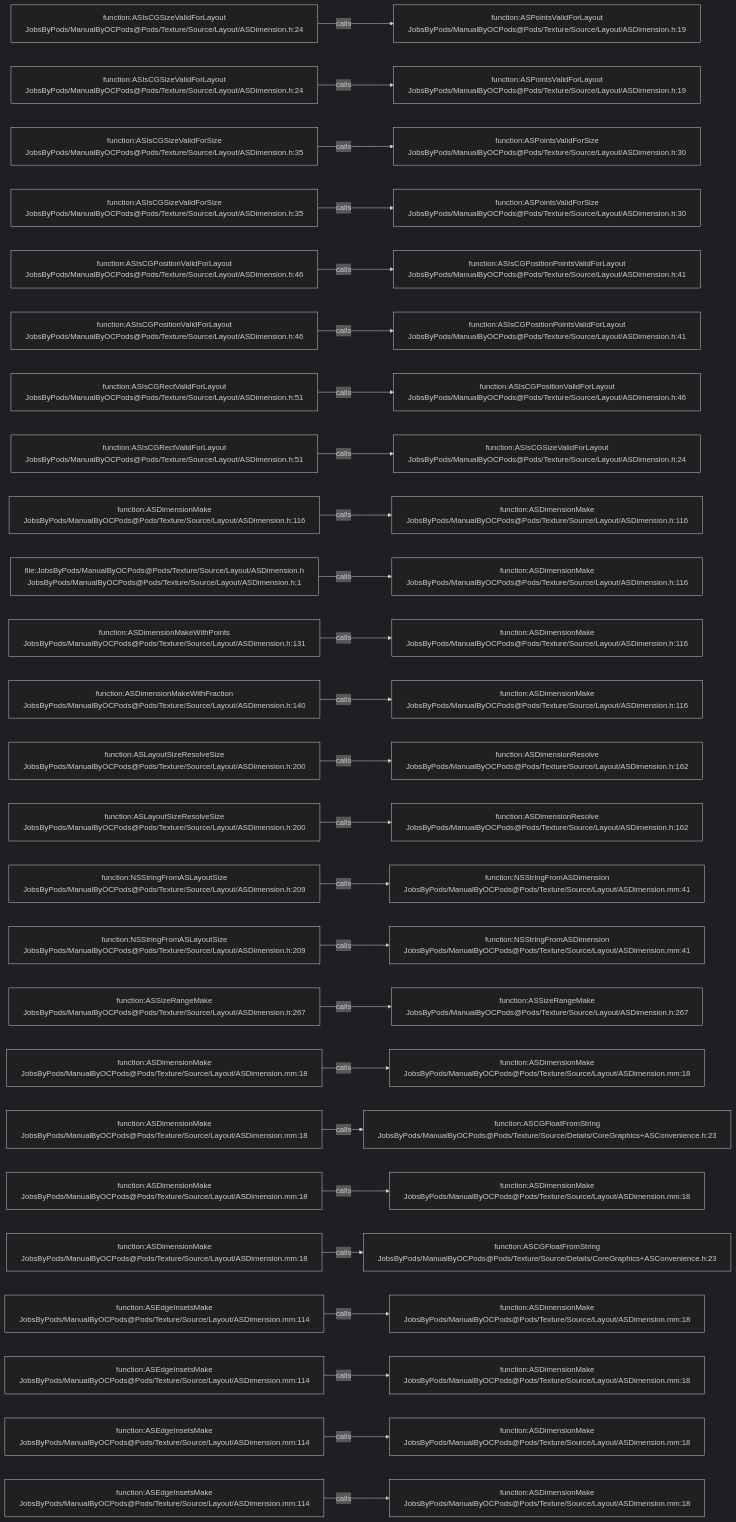
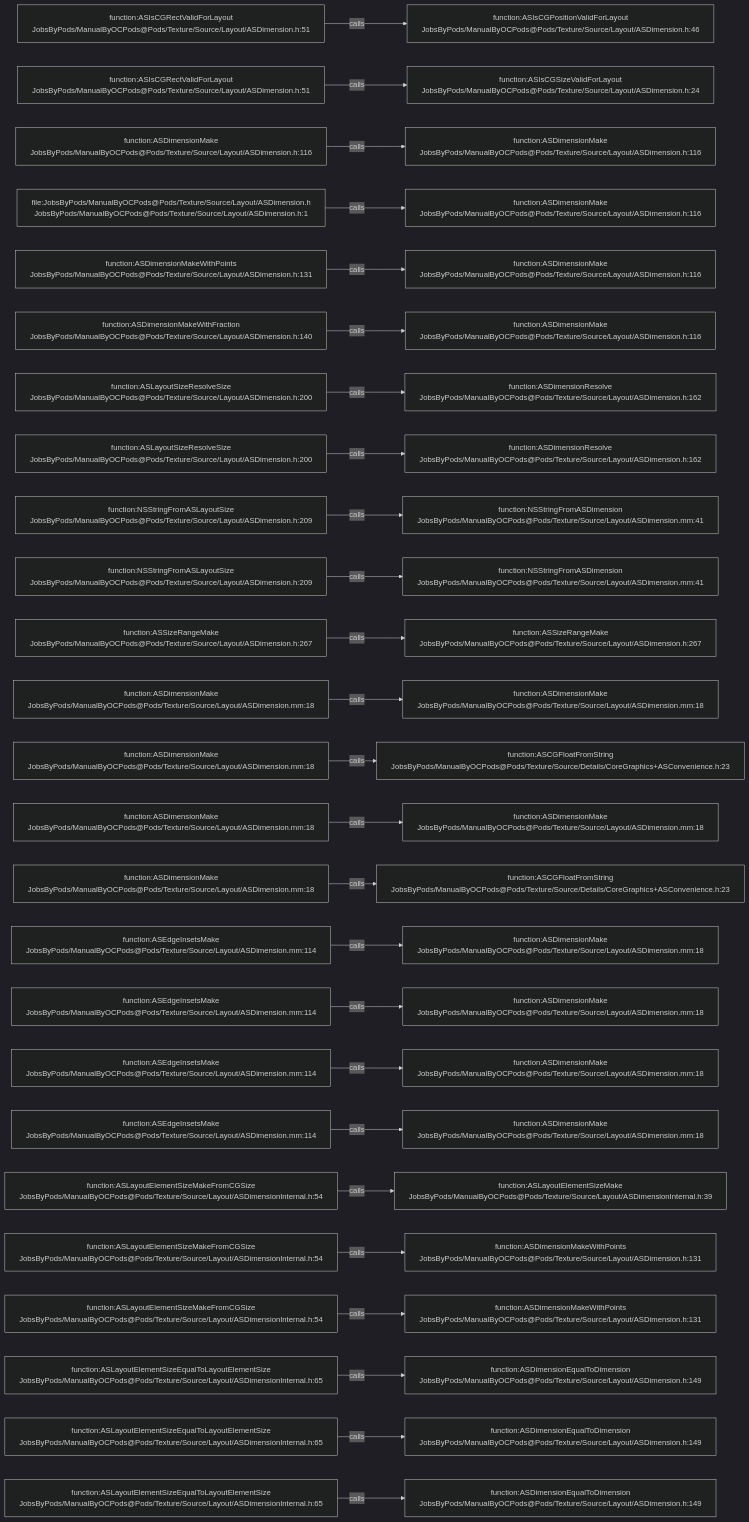
Before and after one commit to JobsKits/JobsOCBaseConfigDemo: the diagram in .codegraph/codegraph.md/graphs/calls-168.md, drawn with Mermaid (dark theme). The commit also changed 666 other files, not shown here.

````diff
--- a/.codegraph/codegraph.md/graphs/calls-168.md
+++ b/.codegraph/codegraph.md/graphs/calls-168.md
@@ -13,78 +13,78 @@
 ```mermaid
 flowchart LR
-  S1["function:ASIsCGSizeValidForLayout<br/>JobsByPods/ManualByOCPods@Pods/Texture/Source/Layout/ASDimension.h:24"]
-  T1["function:ASPointsValidForLayout<br/>JobsByPods/ManualByOCPods@Pods/Texture/Source/Layout/ASDimension.h:19"]
+  S1["function:ASIsCGRectValidForLayout<br/>JobsByPods/ManualByOCPods@Pods/Texture/Source/Layout/ASDimension.h:51"]
+  T1["function:ASIsCGPositionValidForLayout<br/>JobsByPods/ManualByOCPods@Pods/Texture/Source/Layout/ASDimension.h:46"]
   S1 -->|calls| T1
-  S2["function:ASIsCGSizeValidForLayout<br/>JobsByPods/ManualByOCPods@Pods/Texture/Source/Layout/ASDimension.h:24"]
-  T2["function:ASPointsValidForLayout<br/>JobsByPods/ManualByOCPods@Pods/Texture/Source/Layout/ASDimension.h:19"]
+  S2["function:ASIsCGRectValidForLayout<br/>JobsByPods/ManualByOCPods@Pods/Texture/Source/Layout/ASDimension.h:51"]
+  T2["function:ASIsCGSizeValidForLayout<br/>JobsByPods/ManualByOCPods@Pods/Texture/Source/Layout/ASDimension.h:24"]
   S2 -->|calls| T2
-  S3["function:ASIsCGSizeValidForSize<br/>JobsByPods/ManualByOCPods@Pods/Texture/Source/Layout/ASDimension.h:35"]
-  T3["function:ASPointsValidForSize<br/>JobsByPods/ManualByOCPods@Pods/Texture/Source/Layout/ASDimension.h:30"]
+  S3["function:ASDimensionMake<br/>JobsByPods/ManualByOCPods@Pods/Texture/Source/Layout/ASDimension.h:116"]
+  T3["function:ASDimensionMake<br/>JobsByPods/ManualByOCPods@Pods/Texture/Source/Layout/ASDimension.h:116"]
   S3 -->|calls| T3
-  S4["function:ASIsCGSizeValidForSize<br/>JobsByPods/ManualByOCPods@Pods/Texture/Source/Layout/ASDimension.h:35"]
-  T4["function:ASPointsValidForSize<br/>JobsByPods/ManualByOCPods@Pods/Texture/Source/Layout/ASDimension.h:30"]
+  S4["file:JobsByPods/ManualByOCPods@Pods/Texture/Source/Layout/ASDimension.h<br/>JobsByPods/ManualByOCPods@Pods/Texture/Source/Layout/ASDimension.h:1"]
+  T4["function:ASDimensionMake<br/>JobsByPods/ManualByOCPods@Pods/Texture/Source/Layout/ASDimension.h:116"]
   S4 -->|calls| T4
-  S5["function:ASIsCGPositionValidForLayout<br/>JobsByPods/ManualByOCPods@Pods/Texture/Source/Layout/ASDimension.h:46"]
-  T5["function:ASIsCGPositionPointsValidForLayout<br/>JobsByPods/ManualByOCPods@Pods/Texture/Source/Layout/ASDimension.h:41"]
+  S5["function:ASDimensionMakeWithPoints<br/>JobsByPods/ManualByOCPods@Pods/Texture/Source/Layout/ASDimension.h:131"]
+  T5["function:ASDimensionMake<br/>JobsByPods/ManualByOCPods@Pods/Texture/Source/Layout/ASDimension.h:116"]
   S5 -->|calls| T5
-  S6["function:ASIsCGPositionValidForLayout<br/>JobsByPods/ManualByOCPods@Pods/Texture/Source/Layout/ASDimension.h:46"]
-  T6["function:ASIsCGPositionPointsValidForLayout<br/>JobsByPods/ManualByOCPods@Pods/Texture/Source/Layout/ASDimension.h:41"]
+  S6["function:ASDimensionMakeWithFraction<br/>JobsByPods/ManualByOCPods@Pods/Texture/Source/Layout/ASDimension.h:140"]
+  T6["function:ASDimensionMake<br/>JobsByPods/ManualByOCPods@Pods/Texture/Source/Layout/ASDimension.h:116"]
   S6 -->|calls| T6
-  S7["function:ASIsCGRectValidForLayout<br/>JobsByPods/ManualByOCPods@Pods/Texture/Source/Layout/ASDimension.h:51"]
-  T7["function:ASIsCGPositionValidForLayout<br/>JobsByPods/ManualByOCPods@Pods/Texture/Source/Layout/ASDimension.h:46"]
+  S7["function:ASLayoutSizeResolveSize<br/>JobsByPods/ManualByOCPods@Pods/Texture/Source/Layout/ASDimension.h:200"]
+  T7["function:ASDimensionResolve<br/>JobsByPods/ManualByOCPods@Pods/Texture/Source/Layout/ASDimension.h:162"]
   S7 -->|calls| T7
-  S8["function:ASIsCGRectValidForLayout<br/>JobsByPods/ManualByOCPods@Pods/Texture/Source/Layout/ASDimension.h:51"]
-  T8["function:ASIsCGSizeValidForLayout<br/>JobsByPods/ManualByOCPods@Pods/Texture/Source/Layout/ASDimension.h:24"]
+  S8["function:ASLayoutSizeResolveSize<br/>JobsByPods/ManualByOCPods@Pods/Texture/Source/Layout/ASDimension.h:200"]
+  T8["function:ASDimensionResolve<br/>JobsByPods/ManualByOCPods@Pods/Texture/Source/Layout/ASDimension.h:162"]
   S8 -->|calls| T8
-  S9["function:ASDimensionMake<br/>JobsByPods/ManualByOCPods@Pods/Texture/Source/Layout/ASDimension.h:116"]
-  T9["function:ASDimensionMake<br/>JobsByPods/ManualByOCPods@Pods/Texture/Source/Layout/ASDimension.h:116"]
+  S9["function:NSStringFromASLayoutSize<br/>JobsByPods/ManualByOCPods@Pods/Texture/Source/Layout/ASDimension.h:209"]
+  T9["function:NSStringFromASDimension<br/>JobsByPods/ManualByOCPods@Pods/Texture/Source/Layout/ASDimension.mm:41"]
   S9 -->|calls| T9
-  S10["file:JobsByPods/ManualByOCPods@Pods/Texture/Source/Layout/ASDimension.h<br/>JobsByPods/ManualByOCPods@Pods/Texture/Source/Layout/ASDimension.h:1"]
-  T10["function:ASDimensionMake<br/>JobsByPods/ManualByOCPods@Pods/Texture/Source/Layout/ASDimension.h:116"]
+  S10["function:NSStringFromASLayoutSize<br/>JobsByPods/ManualByOCPods@Pods/Texture/Source/Layout/ASDimension.h:209"]
+  T10["function:NSStringFromASDimension<br/>JobsByPods/ManualByOCPods@Pods/Texture/Source/Layout/ASDimension.mm:41"]
   S10 -->|calls| T10
-  S11["function:ASDimensionMakeWithPoints<br/>JobsByPods/ManualByOCPods@Pods/Texture/Source/Layout/ASDimension.h:131"]
-  T11["function:ASDimensionMake<br/>JobsByPods/ManualByOCPods@Pods/Texture/Source/Layout/ASDimension.h:116"]
+  S11["function:ASSizeRangeMake<br/>JobsByPods/ManualByOCPods@Pods/Texture/Source/Layout/ASDimension.h:267"]
+  T11["function:ASSizeRangeMake<br/>JobsByPods/ManualByOCPods@Pods/Texture/Source/Layout/ASDimension.h:267"]
   S11 -->|calls| T11
-  S12["function:ASDimensionMakeWithFraction<br/>JobsByPods/ManualByOCPods@Pods/Texture/Source/Layout/ASDimension.h:140"]
-  T12["function:ASDimensionMake<br/>JobsByPods/ManualByOCPods@Pods/Texture/Source/Layout/ASDimension.h:116"]
+  S12["function:ASDimensionMake<br/>JobsByPods/ManualByOCPods@Pods/Texture/Source/Layout/ASDimension.mm:18"]
+  T12["function:ASDimensionMake<br/>JobsByPods/ManualByOCPods@Pods/Texture/Source/Layout/ASDimension.mm:18"]
   S12 -->|calls| T12
-  S13["function:ASLayoutSizeResolveSize<br/>JobsByPods/ManualByOCPods@Pods/Texture/Source/Layout/ASDimension.h:200"]
-  T13["function:ASDimensionResolve<br/>JobsByPods/ManualByOCPods@Pods/Texture/Source/Layout/ASDimension.h:162"]
+  S13["function:ASDimensionMake<br/>JobsByPods/ManualByOCPods@Pods/Texture/Source/Layout/ASDimension.mm:18"]
+  T13["function:ASCGFloatFromString<br/>JobsByPods/ManualByOCPods@Pods/Texture/Source/Details/CoreGraphics+ASConvenience.h:23"]
   S13 -->|calls| T13
-  S14["function:ASLayoutSizeResolveSize<br/>JobsByPods/ManualByOCPods@Pods/Texture/Source/Layout/ASDimension.h:200"]
-  T14["function:ASDimensionResolve<br/>JobsByPods/ManualByOCPods@Pods/Texture/Source/Layout/ASDimension.h:162"]
+  S14["function:ASDimensionMake<br/>JobsByPods/ManualByOCPods@Pods/Texture/Source/Layout/ASDimension.mm:18"]
+  T14["function:ASDimensionMake<br/>JobsByPods/ManualByOCPods@Pods/Texture/Source/Layout/ASDimension.mm:18"]
   S14 -->|calls| T14
-  S15["function:NSStringFromASLayoutSize<br/>JobsByPods/ManualByOCPods@Pods/Texture/Source/Layout/ASDimension.h:209"]
-  T15["function:NSStringFromASDimension<br/>JobsByPods/ManualByOCPods@Pods/Texture/Source/Layout/ASDimension.mm:41"]
+  S15["function:ASDimensionMake<br/>JobsByPods/ManualByOCPods@Pods/Texture/Source/Layout/ASDimension.mm:18"]
+  T15["function:ASCGFloatFromString<br/>JobsByPods/ManualByOCPods@Pods/Texture/Source/Details/CoreGraphics+ASConvenience.h:23"]
   S15 -->|calls| T15
-  S16["function:NSStringFromASLayoutSize<br/>JobsByPods/ManualByOCPods@Pods/Texture/Source/Layout/ASDimension.h:209"]
-  T16["function:NSStringFromASDimension<br/>JobsByPods/ManualByOCPods@Pods/Texture/Source/Layout/ASDimension.mm:41"]
+  S16["function:ASEdgeInsetsMake<br/>JobsByPods/ManualByOCPods@Pods/Texture/Source/Layout/ASDimension.mm:114"]
+  T16["function:ASDimensionMake<br/>JobsByPods/ManualByOCPods@Pods/Texture/Source/Layout/ASDimension.mm:18"]
   S16 -->|calls| T16
-  S17["function:ASSizeRangeMake<br/>JobsByPods/ManualByOCPods@Pods/Texture/Source/Layout/ASDimension.h:267"]
-  T17["function:ASSizeRangeMake<br/>JobsByPods/ManualByOCPods@Pods/Texture/Source/Layout/ASDimension.h:267"]
+  S17["function:ASEdgeInsetsMake<br/>JobsByPods/ManualByOCPods@Pods/Texture/Source/Layout/ASDimension.mm:114"]
+  T17["function:ASDimensionMake<br/>JobsByPods/ManualByOCPods@Pods/Texture/Source/Layout/ASDimension.mm:18"]
   S17 -->|calls| T17
-  S18["function:ASDimensionMake<br/>JobsByPods/ManualByOCPods@Pods/Texture/Source/Layout/ASDimension.mm:18"]
+  S18["function:ASEdgeInsetsMake<br/>JobsByPods/ManualByOCPods@Pods/Texture/Source/Layout/ASDimension.mm:114"]
   T18["function:ASDimensionMake<br/>JobsByPods/ManualByOCPods@Pods/Texture/Source/Layout/ASDimension.mm:18"]
   S18 -->|calls| T18
-  S19["function:ASDimensionMake<br/>JobsByPods/ManualByOCPods@Pods/Texture/Source/Layout/ASDimension.mm:18"]
-  T19["function:ASCGFloatFromString<br/>JobsByPods/ManualByOCPods@Pods/Texture/Source/Details/CoreGraphics+ASConvenience.h:23"]
+  S19["function:ASEdgeInsetsMake<br/>JobsByPods/ManualByOCPods@Pods/Texture/Source/Layout/ASDimension.mm:114"]
+  T19["function:ASDimensionMake<br/>JobsByPods/ManualByOCPods@Pods/Texture/Source/Layout/ASDimension.mm:18"]
   S19 -->|calls| T19
-  S20["function:ASDimensionMake<br/>JobsByPods/ManualByOCPods@Pods/Texture/Source/Layout/ASDimension.mm:18"]
-  T20["function:ASDimensionMake<br/>JobsByPods/ManualByOCPods@Pods/Texture/Source/Layout/ASDimension.mm:18"]
+  S20["function:ASLayoutElementSizeMakeFromCGSize<br/>JobsByPods/ManualByOCPods@Pods/Texture/Source/Layout/ASDimensionInternal.h:54"]
+  T20["function:ASLayoutElementSizeMake<br/>JobsByPods/ManualByOCPods@Pods/Texture/Source/Layout/ASDimensionInternal.h:39"]
   S20 -->|calls| T20
-  S21["function:ASDimensionMake<br/>JobsByPods/ManualByOCPods@Pods/Texture/Source/Layout/ASDimension.mm:18"]
-  T21["function:ASCGFloatFromString<br/>JobsByPods/ManualByOCPods@Pods/Texture/Source/Details/CoreGraphics+ASConvenience.h:23"]
+  S21["function:ASLayoutElementSizeMakeFromCGSize<br/>JobsByPods/ManualByOCPods@Pods/Texture/Source/Layout/ASDimensionInternal.h:54"]
+  T21["function:ASDimensionMakeWithPoints<br/>JobsByPods/ManualByOCPods@Pods/Texture/Source/Layout/ASDimension.h:131"]
   S21 -->|calls| T21
-  S22["function:ASEdgeInsetsMake<br/>JobsByPods/ManualByOCPods@Pods/Texture/Source/Layout/ASDimension.mm:114"]
-  T22["function:ASDimensionMake<br/>JobsByPods/ManualByOCPods@Pods/Texture/Source/Layout/ASDimension.mm:18"]
+  S22["function:ASLayoutElementSizeMakeFromCGSize<br/>JobsByPods/ManualByOCPods@Pods/Texture/Source/Layout/ASDimensionInternal.h:54"]
+  T22["function:ASDimensionMakeWithPoints<br/>JobsByPods/ManualByOCPods@Pods/Texture/Source/Layout/ASDimension.h:131"]
   S22 -->|calls| T22
-  S23["function:ASEdgeInsetsMake<br/>JobsByPods/ManualByOCPods@Pods/Texture/Source/Layout/ASDimension.mm:114"]
-  T23["function:ASDimensionMake<br/>JobsByPods/ManualByOCPods@Pods/Texture/Source/Layout/ASDimension.mm:18"]
+  S23["function:ASLayoutElementSizeEqualToLayoutElementSize<br/>JobsByPods/ManualByOCPods@Pods/Texture/Source/Layout/ASDimensionInternal.h:65"]
+  T23["function:ASDimensionEqualToDimension<br/>JobsByPods/ManualByOCPods@Pods/Texture/Source/Layout/ASDimension.h:149"]
   S23 -->|calls| T23
-  S24["function:ASEdgeInsetsMake<br/>JobsByPods/ManualByOCPods@Pods/Texture/Source/Layout/ASDimension.mm:114"]
-  T24["function:ASDimensionMake<br/>JobsByPods/ManualByOCPods@Pods/Texture/Source/Layout/ASDimension.mm:18"]
+  S24["function:ASLayoutElementSizeEqualToLayoutElementSize<br/>JobsByPods/ManualByOCPods@Pods/Texture/Source/Layout/ASDimensionInternal.h:65"]
+  T24["function:ASDimensionEqualToDimension<br/>JobsByPods/ManualByOCPods@Pods/Texture/Source/Layout/ASDimension.h:149"]
   S24 -->|calls| T24
-  S25["function:ASEdgeInsetsMake<br/>JobsByPods/ManualByOCPods@Pods/Texture/Source/Layout/ASDimension.mm:114"]
-  T25["function:ASDimensionMake<br/>JobsByPods/ManualByOCPods@Pods/Texture/Source/Layout/ASDimension.mm:18"]
+  S25["function:ASLayoutElementSizeEqualToLayoutElementSize<br/>JobsByPods/ManualByOCPods@Pods/Texture/Source/Layout/ASDimensionInternal.h:65"]
+  T25["function:ASDimensionEqualToDimension<br/>JobsByPods/ManualByOCPods@Pods/Texture/Source/Layout/ASDimension.h:149"]
   S25 -->|calls| T25
 ```
````
